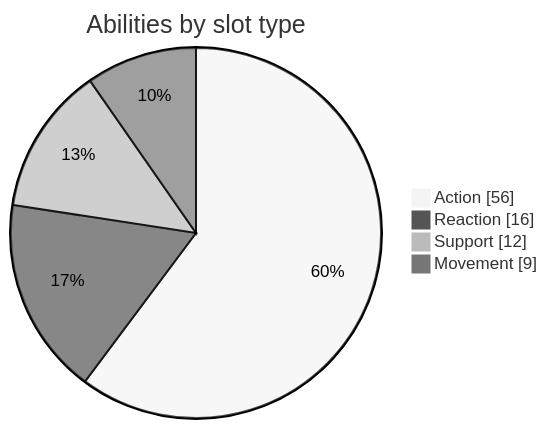
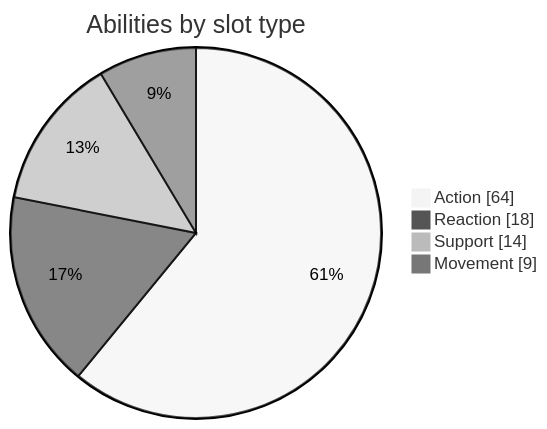
The second of 4 diagrams in docs/CONTENT_REFERENCE.md (CptNope/Chess-RPG-Tactics), drawn with Mermaid (neutral theme) before and after one commit. The commit also changed other lines of this file and 31 other files, not shown here.

````diff
--- a/docs/CONTENT_REFERENCE.md
+++ b/docs/CONTENT_REFERENCE.md
@@ -99,7 +105,7 @@
 ```mermaid
 pie showData title Abilities by slot type
-  "Action" : 56
-  "Reaction" : 16
-  "Support" : 12
+  "Action" : 64
+  "Reaction" : 18
+  "Support" : 14
   "Movement" : 9
 ```
````
